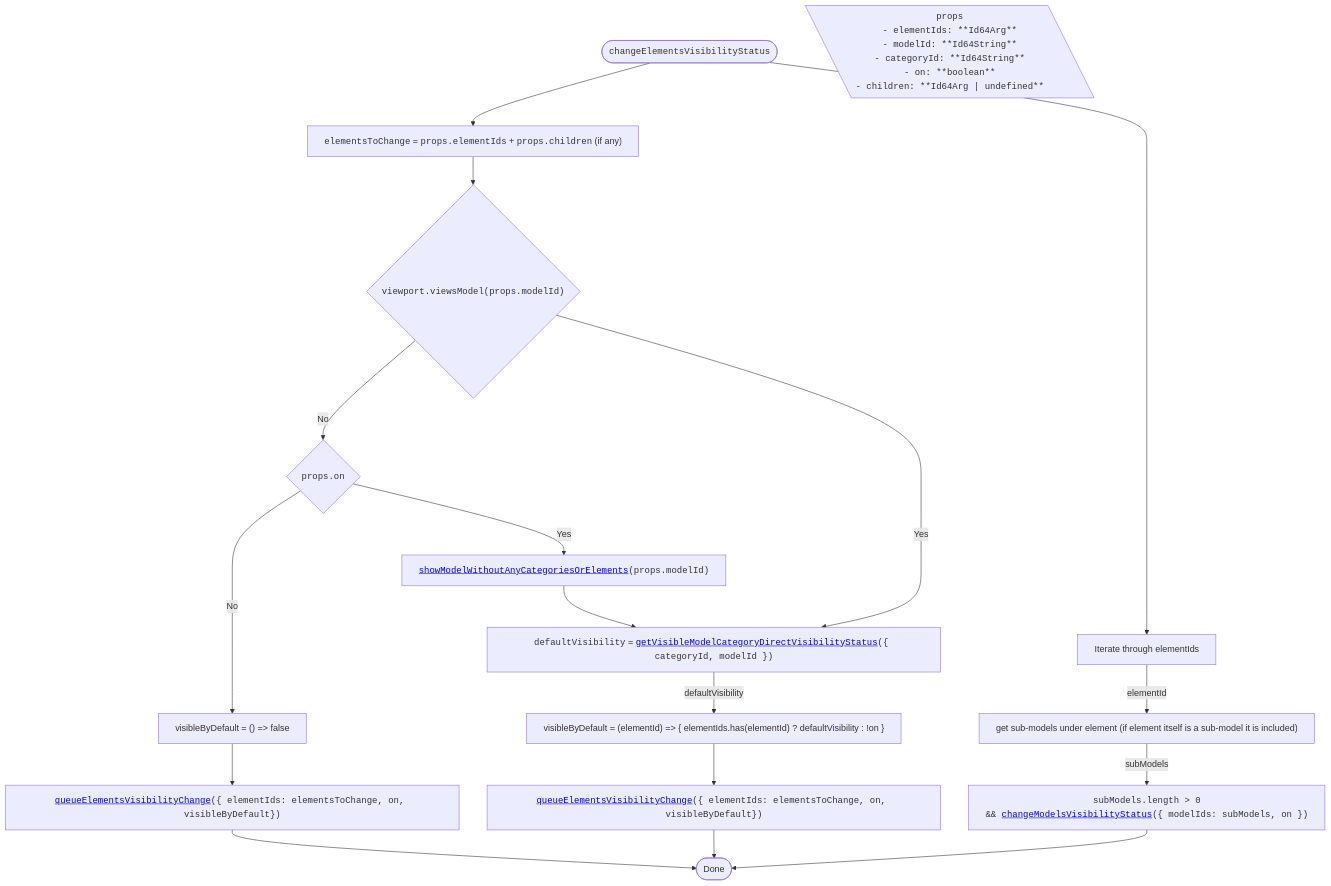
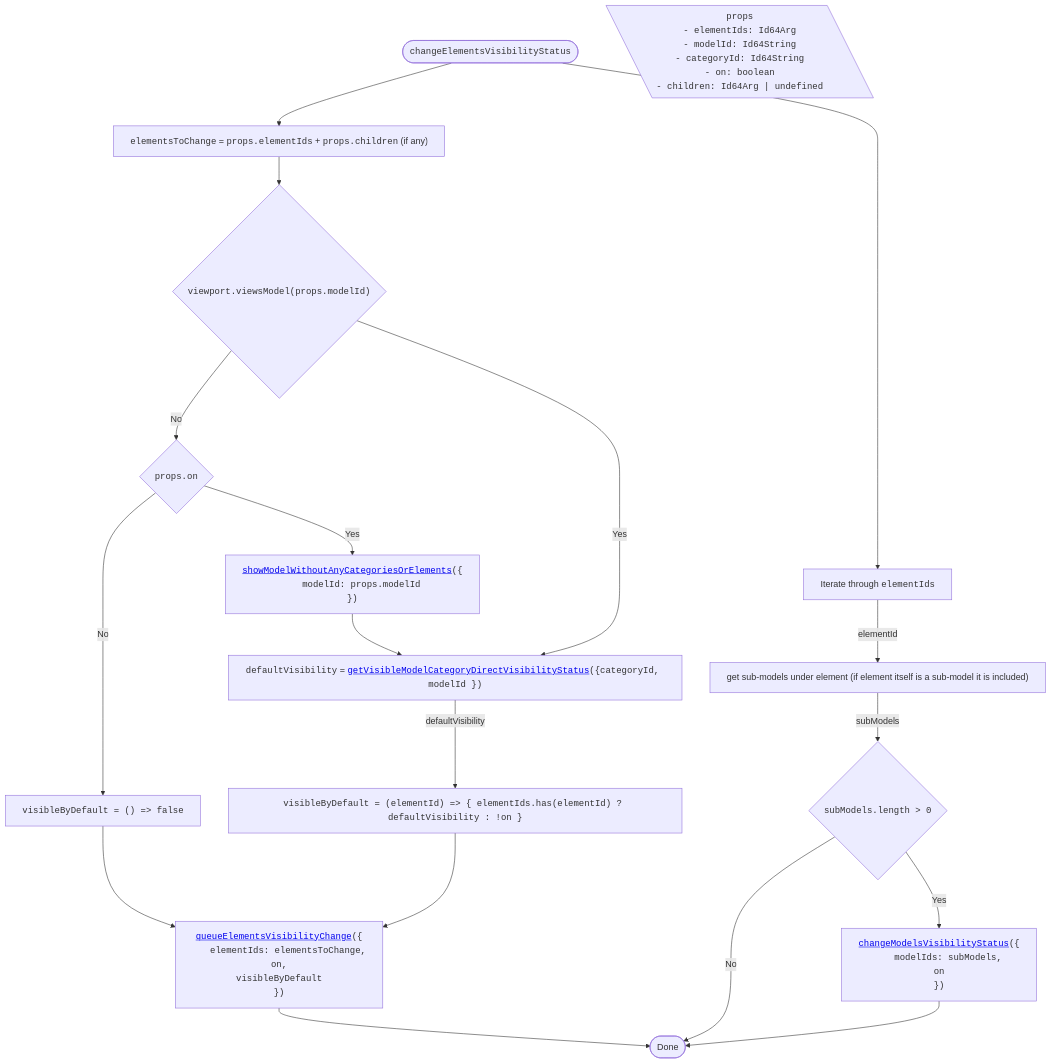
One commit to iTwin/viewer-components-react changed diagram 11 of 14 in packages/itwin/tree-widget/docs/SharedVisibilityHandling.md. Above: the diagram before and after it, drawn with Mermaid. The commit also changed other lines of this file and 4 other files, not shown here.

````diff
--- a/packages/itwin/tree-widget/docs/SharedVisibilityHandling.md
+++ b/packages/itwin/tree-widget/docs/SharedVisibilityHandling.md
@@ -607,42 +710,52 @@
 ```mermaid
 ---
 config:
   flowchart:
     wrappingWidth: 750
     useMaxWidth: false
 ---
 
 flowchart TD
   RESULT_Done([Done])
 
   %% Start
   TITLE(["<code>changeElementsVisibilityStatus</code>"]) --> A["<code>elementsToChange</code> = <code>props.elementIds</code> + <code>props.children</code> (if any)"]
 
   PROPS[\"
     <code>props</code>
-    <code style='text-align: left;'>- elementIds: **Id64Arg**<br/>- modelId: **Id64String**<br/>- categoryId: **Id64String**<br/>- on: **boolean**<br/>- children: **Id64Arg | undefined**</code>
+    <code style='text-align: left;'>- elementIds: Id64Arg<br/>- modelId: Id64String<br/>- categoryId: Id64String<br/>- on: boolean<br/>- children: Id64Arg | undefined</code>
   "\]
 
   A --> B{"<code>viewport.viewsModel(props.modelId)</code>"}
 
   %% Model not visible
   B -- No --> C{"<code>props.on</code>"}
-  C -- No --> D["visibleByDefault = () => false"]
-  D --> D1["<code><a href='#queueelementsvisibilitychange'>queueElementsVisibilityChange</a>({ elementIds: elementsToChange, on, visibleByDefault})</code>"]
-  C -- Yes --> E["<code><a href='#showmodelwithoutanycategoriesorelements'>showModelWithoutAnyCategoriesOrElements</a>(props.modelId)</code>"]
-  E --> F["<code>defaultVisibility</code> = <code><a href='#getvisiblemodelcategorydirectvisibilitystatus'>getVisibleModelCategoryDirectVisibilityStatus</a>({ categoryId, modelId })</code>"]
+  C -- No --> D["<code>visibleByDefault = () => false</code>"]
+  D --> H["<code style='text-align: left;'><a href='#queueelementsvisibilitychange'>queueElementsVisibilityChange</a>({
+    <code style='padding-left: 2rem'>elementIds: elementsToChange,
+    on,
+    visibleByDefault</code>
+  })</code>"]
+  C -- Yes --> E["<code style='text-align: left;'><a href='#showmodelwithoutanycategoriesorelements'>showModelWithoutAnyCategoriesOrElements</a>({
+  <code style='padding-left: 2rem'>modelId: props.modelId</code>
+  })</code>"]
+  E --> F["<code>defaultVisibility</code> = <code><a href='#getvisiblemodelcategorydirectvisibilitystatus'>getVisibleModelCategoryDirectVisibilityStatus</a>({categoryId, modelId })</code>"]
   B -- Yes --> F
-  F -- defaultVisibility --> G1["visibleByDefault = (elementId) => { elementIds.has(elementId) ? defaultVisibility : !on }"]
+  F -- defaultVisibility --> G1["<code>visibleByDefault = (elementId) => { elementIds.has(elementId) ? defaultVisibility : !on }</code>"]
 
-  G1 --> G2["<code><a href='#queueelementsvisibilitychange'>queueElementsVisibilityChange</a>({ elementIds: elementsToChange, on, visibleByDefault})</code>"]
+  G1 --> H
 
   %% Sub-models (runs concurrently)
-  TITLE --> J["Iterate through elementIds"]
+  TITLE --> J["Iterate through <code>elementIds</code>"]
 
   J -- elementId --> K["get sub-models under element (if element itself is a sub-model it is included)"]
-  K -- subModels --> L["<code> subModels.length > 0 <br/> && <a href='#changemodelsvisibilitystatus'>changeModelsVisibilityStatus</a>({ modelIds: subModels, on })</code>"]
+  K -- subModels --> L{"<code> subModels.length > 0 </code>"}
+  L -- Yes -->  L1["<code style='text-align: left;'><a href='#changemodelsvisibilitystatus'>changeModelsVisibilityStatus</a>({
+    <code style='padding-left: 2rem'>modelIds: subModels,
+    on</code>
+  })</code>"]
 
-  D1 --> RESULT_Done
-  G2 --> RESULT_Done
-  L --> RESULT_Done
+  H --> RESULT_Done
+  L -- No --> RESULT_Done
+  L1 --> RESULT_Done
 ```
````
